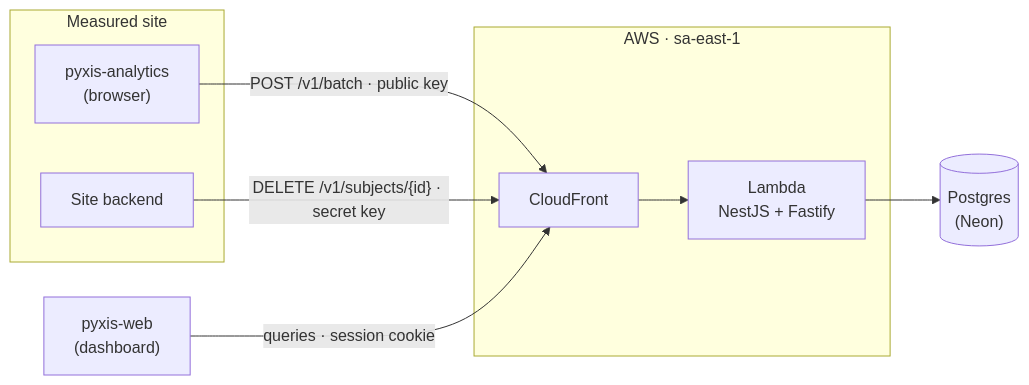
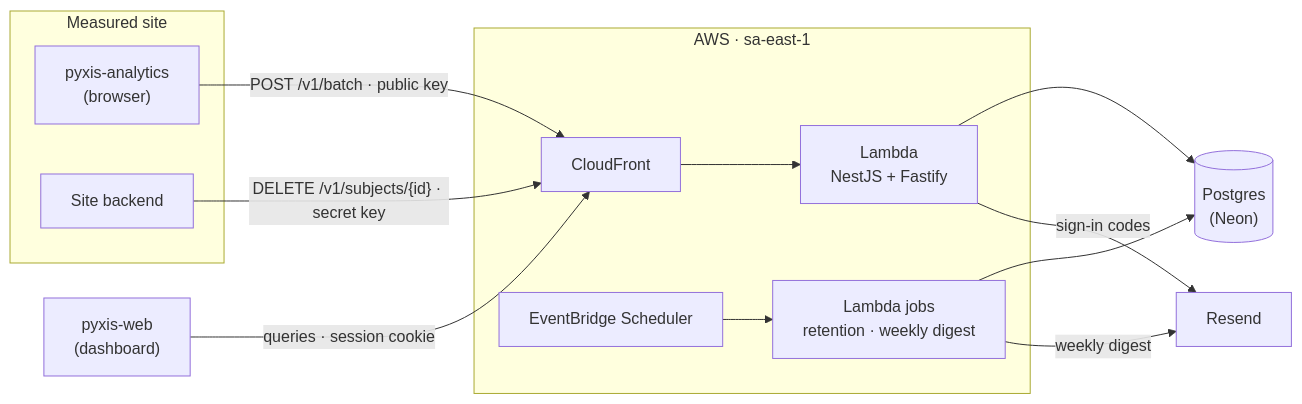
Before and after one commit to samuelcsantana/pyxis-api: the first of 2 diagrams in README.md, drawn with Mermaid. The commit also changed other lines of this file and 2 other files, not shown here.

First line of the commit message:
docs: describe the weekly digest

````diff
--- a/README.md
+++ b/README.md
@@ -149,16 +157,21 @@
 ```mermaid
 flowchart LR
   subgraph Site["Measured site"]
     SDK["pyxis-analytics<br>(browser)"]
     Backend["Site backend"]
   end
   Dashboard["pyxis-web<br>(dashboard)"]
   subgraph AWS["AWS · sa-east-1"]
     CF["CloudFront"] --> Lambda["Lambda<br>NestJS + Fastify"]
+    Scheduler["EventBridge Scheduler"] --> Jobs["Lambda jobs<br>retention · weekly digest"]
   end
   DB[("Postgres<br>(Neon)")]
+  Resend["Resend"]
   SDK -- "POST /v1/batch · public key" --> CF
   Dashboard -- "queries · session cookie" --> CF
   Backend -- "DELETE /v1/subjects/{id} · secret key" --> CF
   Lambda --> DB
+  Jobs --> DB
+  Lambda -- "sign-in codes" --> Resend
+  Jobs -- "weekly digest" --> Resend
 ```
````
